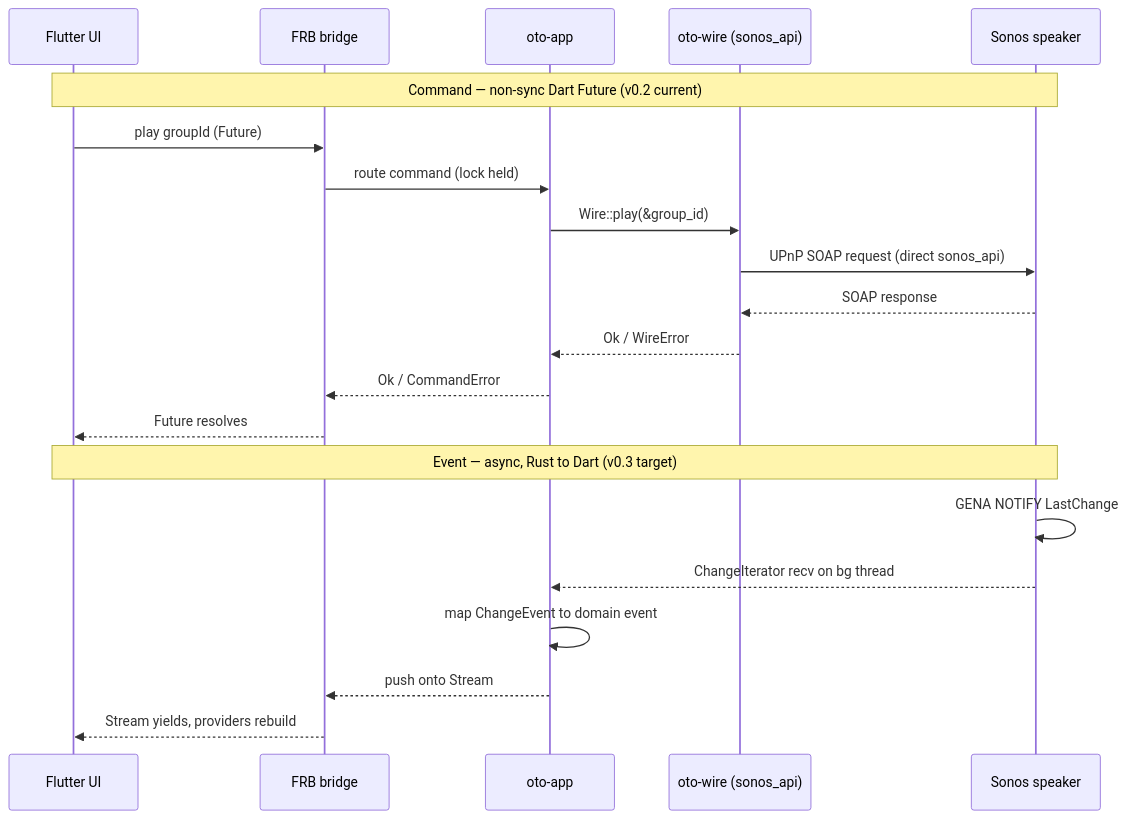
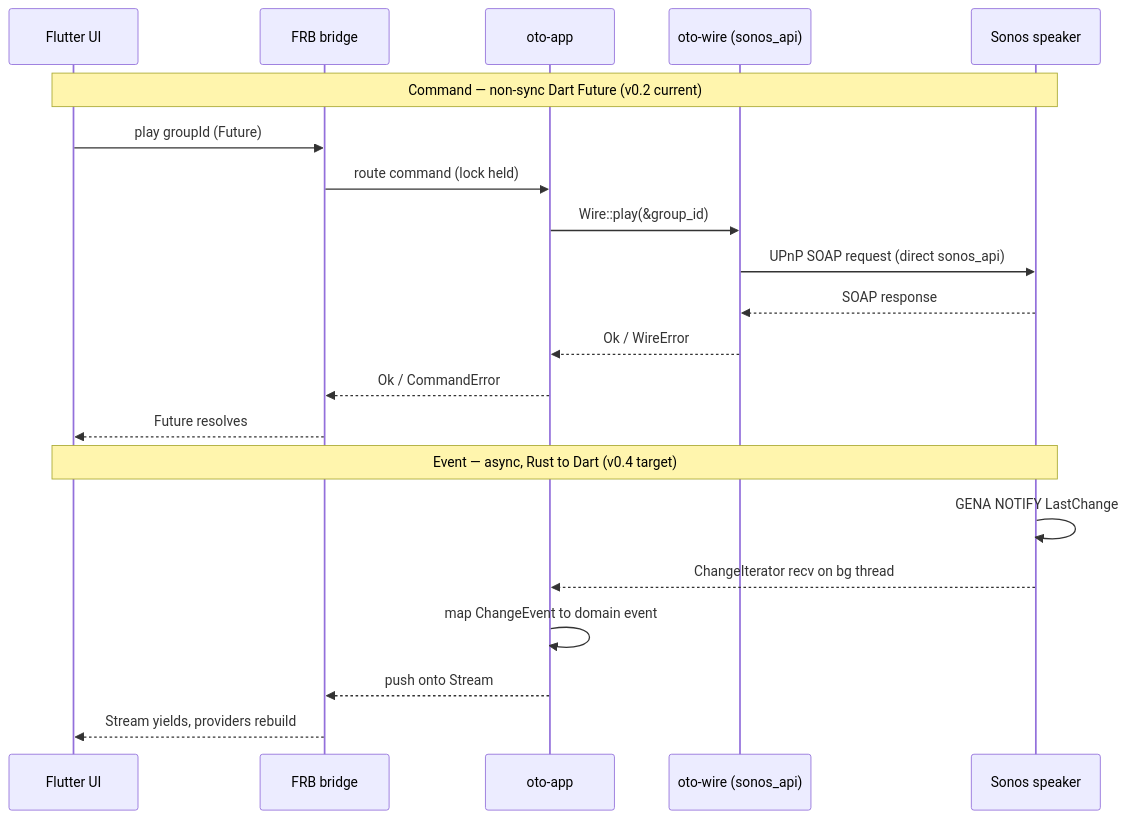
Before and after one commit to Oszkar/oto: the second of 2 diagrams in docs/ARCHITECTURE.md, drawn with Mermaid. The commit also changed other lines of this file and 7 other files, not shown here.

````diff
--- a/docs/ARCHITECTURE.md
+++ b/docs/ARCHITECTURE.md
@@ -133,25 +135,25 @@
 ```mermaid
 sequenceDiagram
     participant U as Flutter UI
     participant B as FRB bridge
     participant A as oto-app
     participant W as oto-wire (sonos_api)
     participant K as Sonos speaker
 
     Note over U,K: Command — non-sync Dart Future (v0.2 current)
     U->>B: play groupId (Future)
     B->>A: route command (lock held)
     A->>W: Wire::play(&group_id)
     W->>K: UPnP SOAP request (direct sonos_api)
     K-->>W: SOAP response
     W-->>A: Ok / WireError
     A-->>B: Ok / CommandError
     B-->>U: Future resolves
 
-    Note over U,K: Event — async, Rust to Dart (v0.3 target)
+    Note over U,K: Event — async, Rust to Dart (v0.4 target)
     K->>K: GENA NOTIFY LastChange
     K-->>A: ChangeIterator recv on bg thread
     A->>A: map ChangeEvent to domain event
     A-->>B: push onto Stream
     B-->>U: Stream yields, providers rebuild
 ```
````
